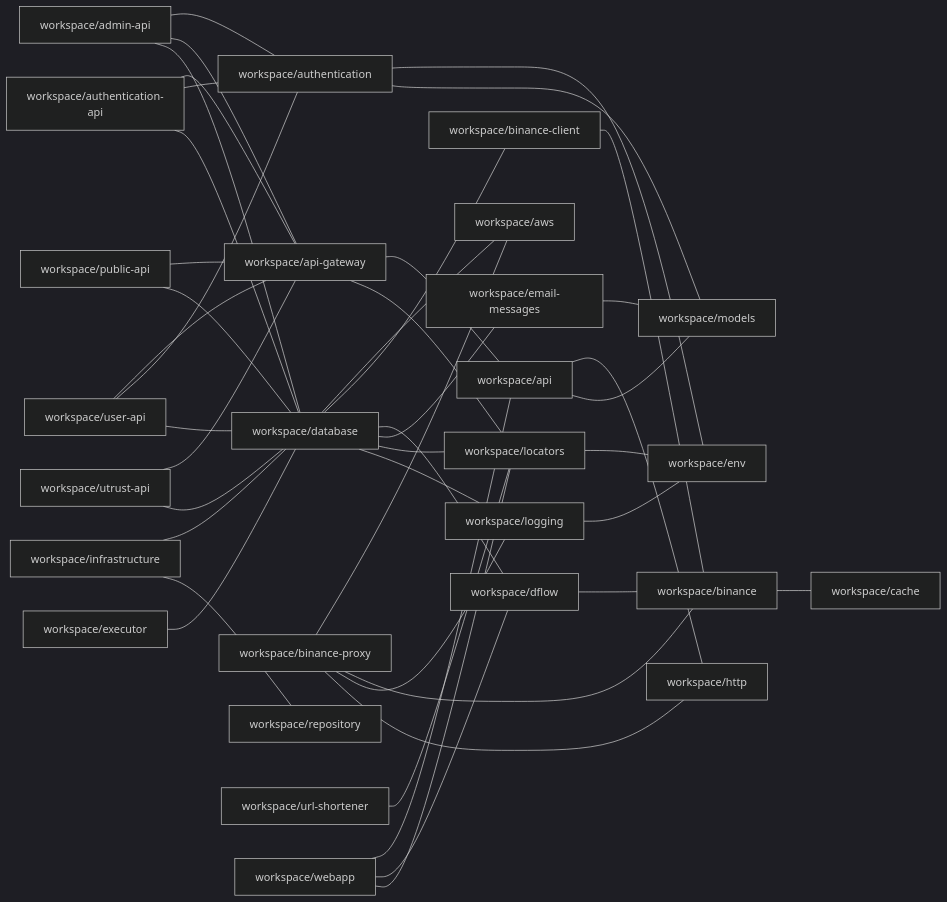
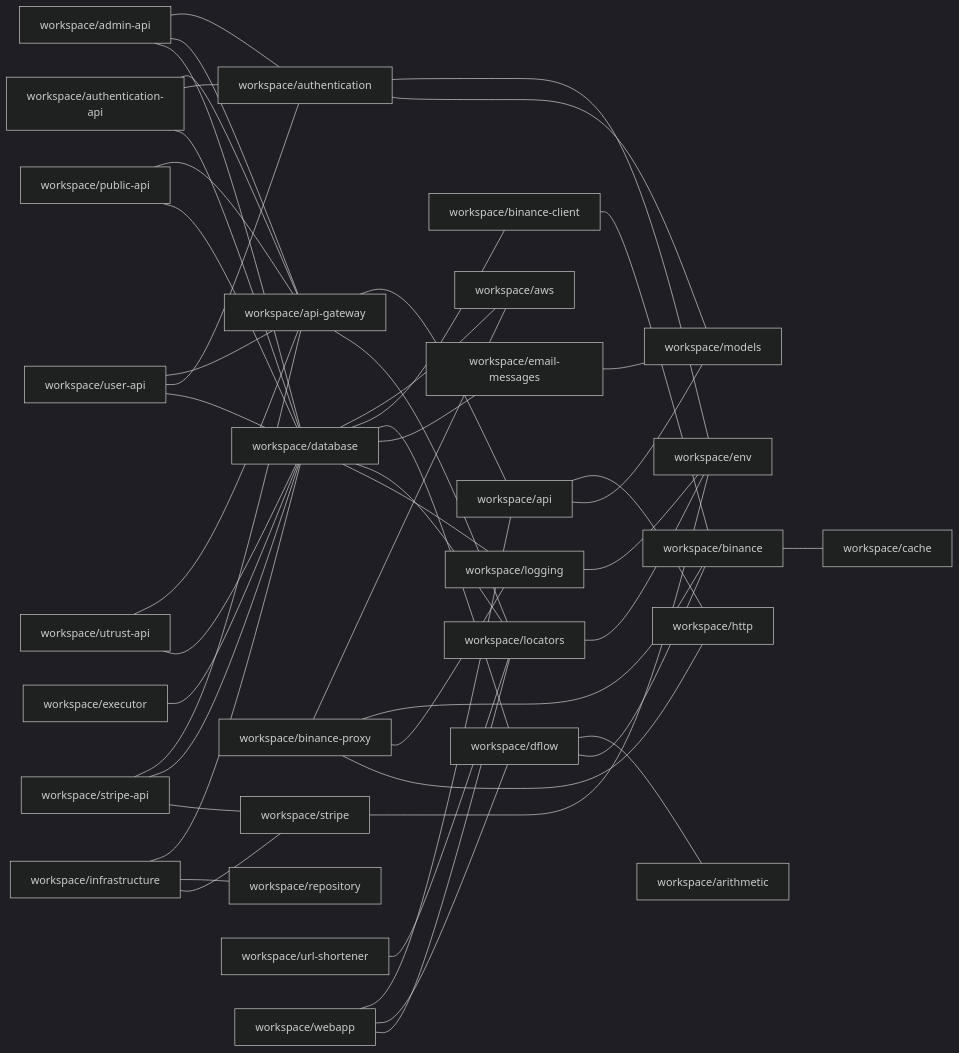
The diagram in docs/npm-dependencies.md (ggbot-org/ggbot), drawn with Mermaid (dark theme) before and after one commit. The commit also changed 1 other file, not shown here.

Commit message:
add build_api script

````diff
--- a/docs/npm-dependencies.md
+++ b/docs/npm-dependencies.md
@@ -5,45 +5,51 @@
 ```mermaid
 graph LR
     workspace/admin-api --- workspace/authentication
     workspace/admin-api --- workspace/api-gateway
     workspace/admin-api --- workspace/database
     workspace/api --- workspace/http
     workspace/api --- workspace/models
     workspace/api-gateway --- workspace/api
     workspace/api-gateway --- workspace/locators
     workspace/authentication --- workspace/env
     workspace/authentication --- workspace/models
     workspace/authentication-api --- workspace/api-gateway
     workspace/authentication-api --- workspace/authentication
     workspace/authentication-api --- workspace/database
     workspace/binance --- workspace/cache
     workspace/binance-client --- workspace/binance
     workspace/binance-proxy --- workspace/aws
     workspace/binance-proxy --- workspace/binance
     workspace/binance-proxy --- workspace/logging
     workspace/binance-proxy --- workspace/http
     workspace/database --- workspace/aws
     workspace/database --- workspace/binance-client
     workspace/database --- workspace/dflow
     workspace/database --- workspace/email-messages
     workspace/database --- workspace/locators
     workspace/database --- workspace/logging
+    workspace/dflow --- workspace/arithmetic
     workspace/dflow --- workspace/binance
     workspace/email-messages --- workspace/models
     workspace/executor --- workspace/database
     workspace/infrastructure --- workspace/database
     workspace/infrastructure --- workspace/repository
+    workspace/infrastructure --- workspace/stripe
     workspace/locators --- workspace/env
     workspace/logging --- workspace/env
     workspace/public-api --- workspace/api-gateway
     workspace/public-api --- workspace/database
+    workspace/stripe --- workspace/env
+    workspace/stripe-api --- workspace/api-gateway
+    workspace/stripe-api --- workspace/database
+    workspace/stripe-api --- workspace/stripe
     workspace/url-shortener --- workspace/locators
     workspace/user-api --- workspace/api-gateway
     workspace/user-api --- workspace/authentication
     workspace/user-api --- workspace/database
     workspace/utrust-api --- workspace/api-gateway
     workspace/utrust-api --- workspace/database
     workspace/webapp --- workspace/api
     workspace/webapp --- workspace/dflow
     workspace/webapp --- workspace/locators
 ```
````
